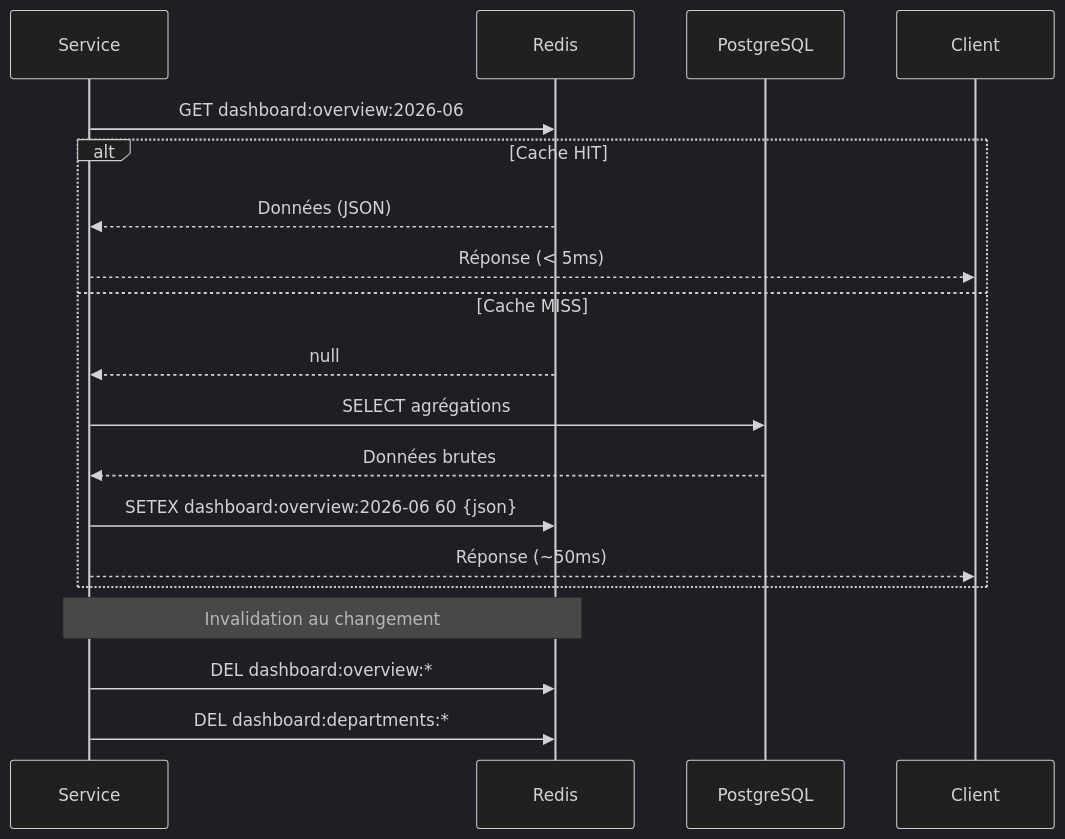
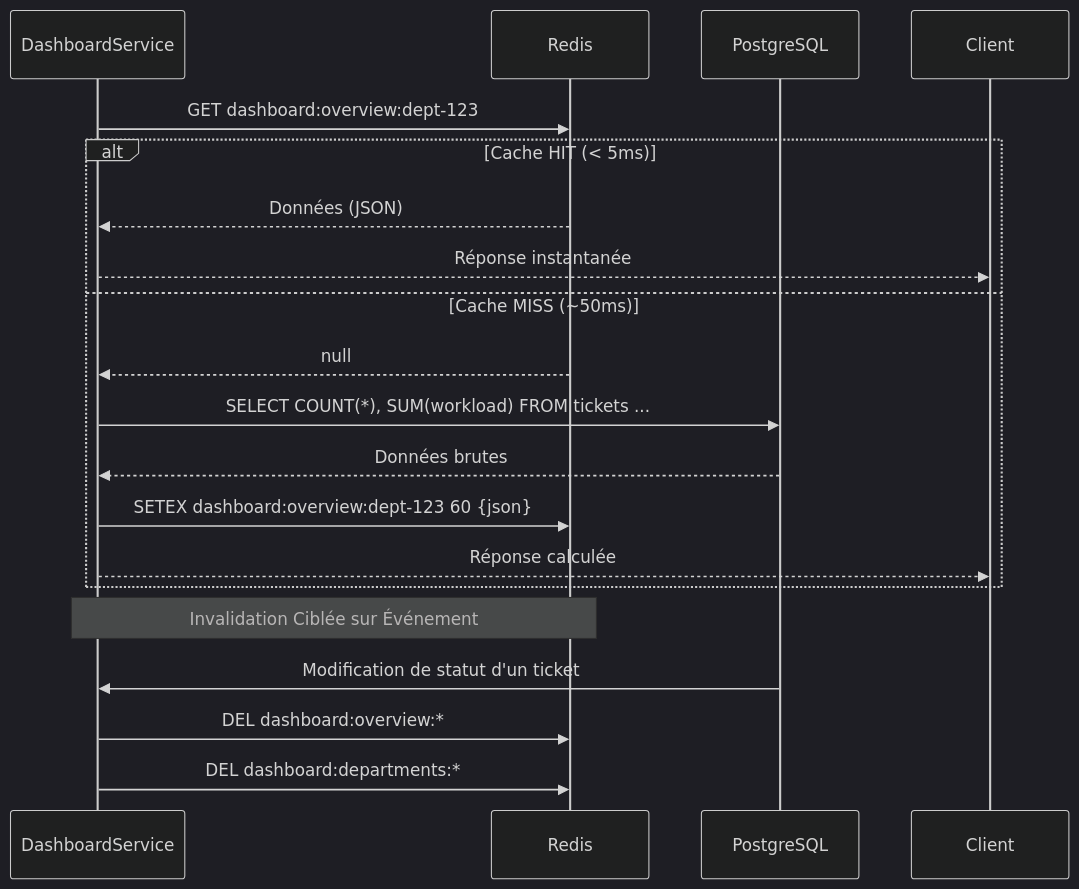
Before and after one commit to enockmigjr/Test-Backend-Telecom: diagram 12 of 14 in docs/architecture-flows.md, drawn with Mermaid (dark theme). The commit also changed other lines of this file and 9 other files, not shown here.

````diff
--- a/docs/architecture-flows.md
+++ b/docs/architecture-flows.md
@@ -308,22 +409,23 @@
 ```mermaid
 sequenceDiagram
-    participant Service
+    participant Service as DashboardService
     participant Redis
     participant PostgreSQL
 
-    Service->>Redis: GET dashboard:overview:2026-06
-    alt Cache HIT
+    Service->>Redis: GET dashboard:overview:dept-123
+    alt Cache HIT (< 5ms)
         Redis-->>Service: Données (JSON)
-        Service-->>Client: Réponse (< 5ms)
-    else Cache MISS
+        Service-->>Client: Réponse instantanée
+    else Cache MISS (~50ms)
         Redis-->>Service: null
-        Service->>PostgreSQL: SELECT agrégations
+        Service->>PostgreSQL: SELECT COUNT(*), SUM(workload) FROM tickets ...
         PostgreSQL-->>Service: Données brutes
-        Service->>Redis: SETEX dashboard:overview:2026-06 60 {json}
-        Service-->>Client: Réponse (~50ms)
+        Service->>Redis: SETEX dashboard:overview:dept-123 60 {json}
+        Service-->>Client: Réponse calculée
     end
 
-    Note over Service,Redis: Invalidation au changement
+    Note over Service,Redis: Invalidation Ciblée sur Événement
+    PostgreSQL->>Service: Modification de statut d'un ticket
     Service->>Redis: DEL dashboard:overview:*
     Service->>Redis: DEL dashboard:departments:*
 ```
````
